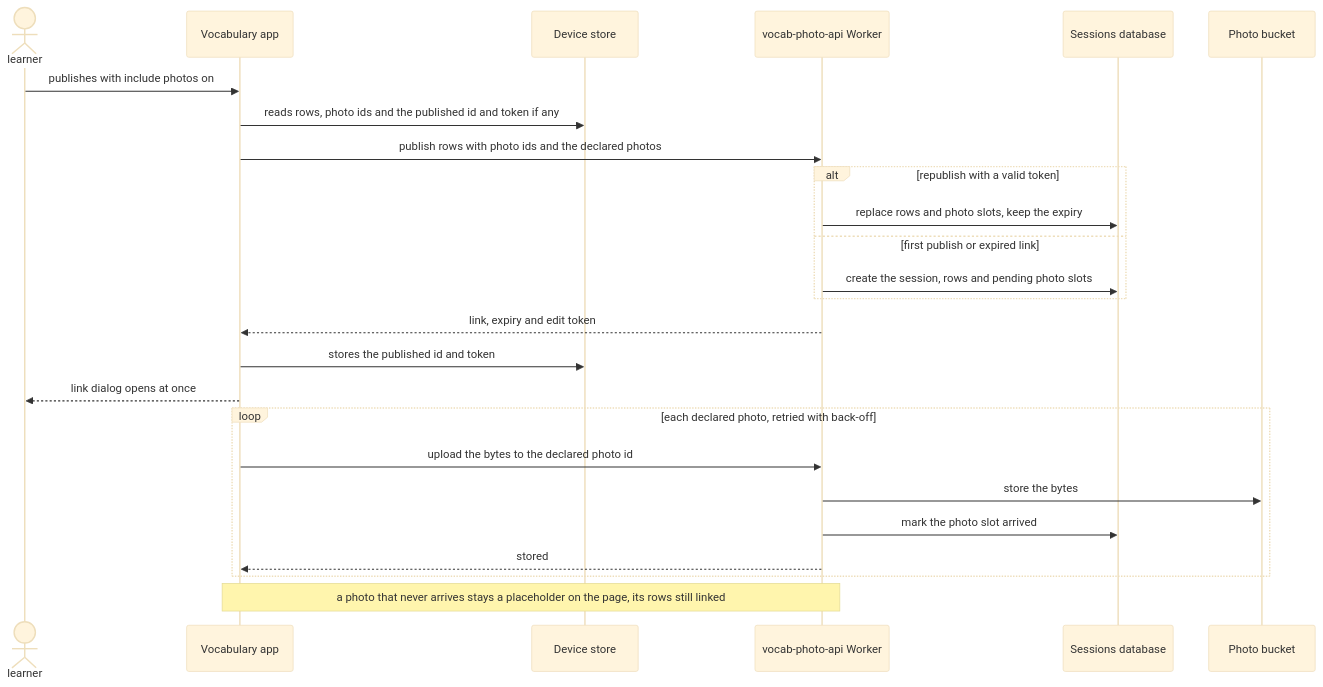
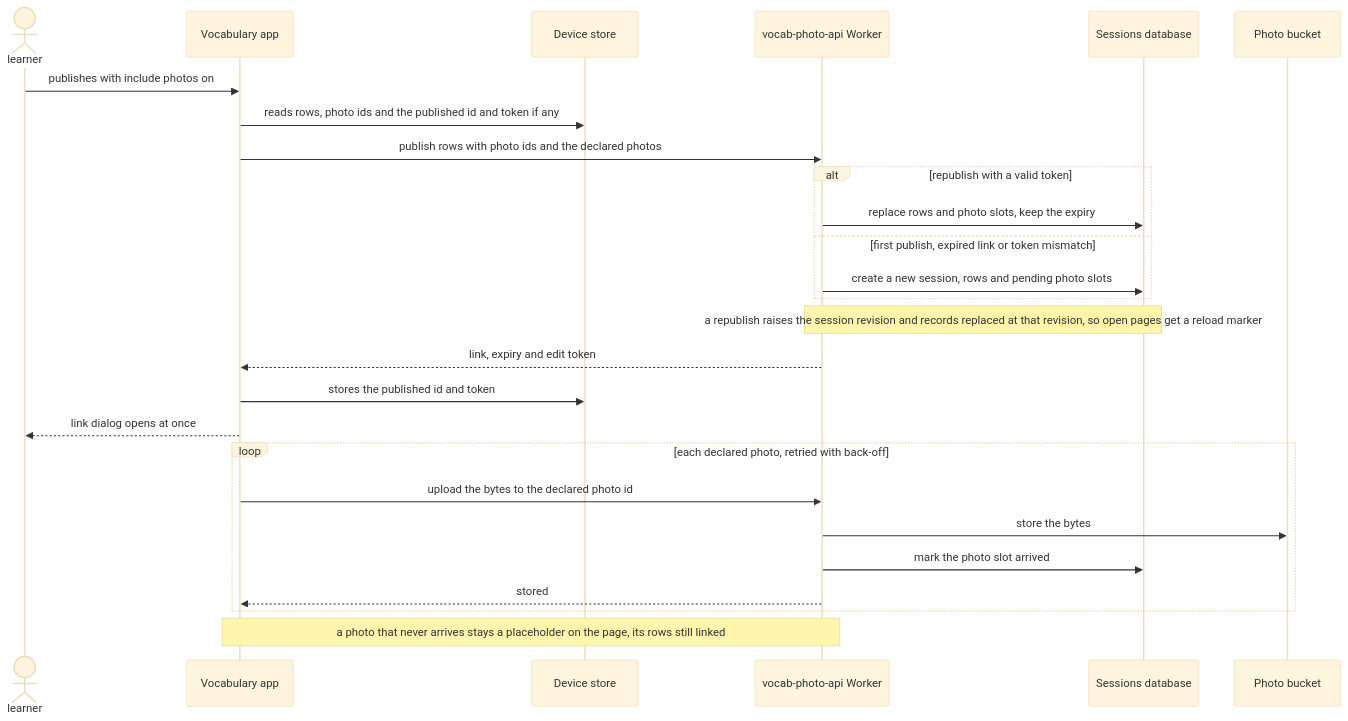
The fourth of 5 diagrams in docs/features/good-looking-web/sad.md (mlevytskiy/flutter_vocabulary_app), drawn with Mermaid (base theme) before and after one commit. The commit also changed other lines of this file and 2 other files, not shown here.

````diff
--- a/docs/features/good-looking-web/sad.md
+++ b/docs/features/good-looking-web/sad.md
@@ -255,27 +256,28 @@
 ```mermaid
 sequenceDiagram
     actor Learner as learner
     participant App as Vocabulary app
     participant Device as Device store
     participant Api as vocab-photo-api Worker
     participant D1 as Sessions database
     participant R2 as Photo bucket
     Learner->>App: publishes with include photos on
     App->>Device: reads rows, photo ids and the published id and token if any
     App->>Api: publish rows with photo ids and the declared photos
     alt republish with a valid token
         Api->>D1: replace rows and photo slots, keep the expiry
-    else first publish or expired link
-        Api->>D1: create the session, rows and pending photo slots
+    else first publish, expired link or token mismatch
+        Api->>D1: create a new session, rows and pending photo slots
     end
+    Note over Api,D1: a republish raises the session revision and records replaced at that revision, so open pages get a reload marker
     Api-->>App: link, expiry and edit token
     App->>Device: stores the published id and token
     App-->>Learner: link dialog opens at once
     loop each declared photo, retried with back-off
         App->>Api: upload the bytes to the declared photo id
         Api->>R2: store the bytes
         Api->>D1: mark the photo slot arrived
         Api-->>App: stored
     end
     Note over App,Api: a photo that never arrives stays a placeholder on the page, its rows still linked
 ```
````
